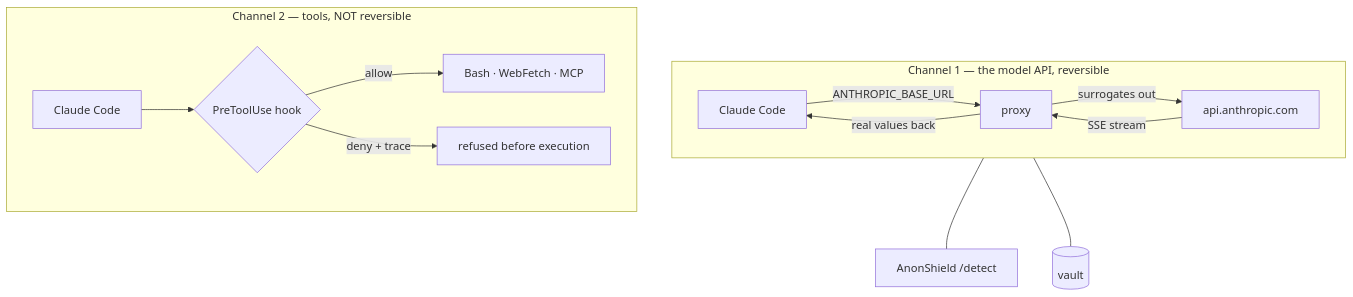
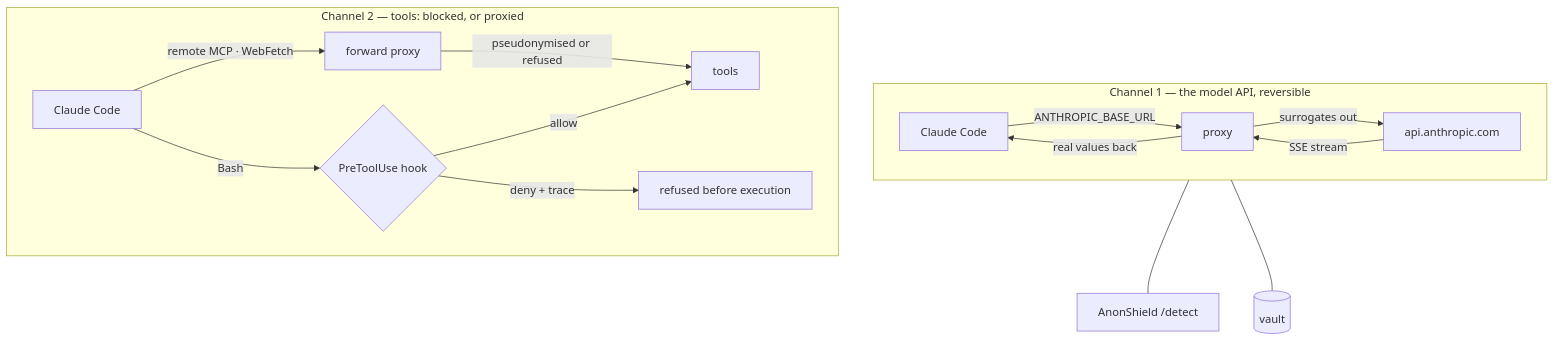
Before and after one commit to SocialGouv/doublure: the diagram in docs/architecture.md, drawn with Mermaid. The commit also changed other lines of this file and 4 other files, not shown here.

First line of the commit message:
docs: bash is the limit, remote MCP no longer is

````diff
--- a/docs/architecture.md
+++ b/docs/architecture.md
@@ -6,18 +6,20 @@
 ```mermaid
 flowchart TB
     subgraph c1["Channel 1 — the model API, reversible"]
         direction LR
         CC[Claude Code] -->|ANTHROPIC_BASE_URL| PX[proxy]
         PX -->|surrogates out| AN[api.anthropic.com]
         AN -->|SSE stream| PX
         PX -->|real values back| CC
     end
-    subgraph c2["Channel 2 — tools, NOT reversible"]
+    subgraph c2["Channel 2 — tools: blocked, or proxied"]
         direction LR
-        CC2[Claude Code] --> HK{PreToolUse hook}
-        HK -->|allow| TL[Bash · WebFetch · MCP]
+        CC2[Claude Code] -->|Bash| HK{PreToolUse hook}
+        CC2 -->|remote MCP · WebFetch| FW[forward proxy]
+        FW -->|pseudonymised or refused| TL[tools]
+        HK -->|allow| TL
         HK -->|deny + trace| X[refused before execution]
     end
     PX --- DT[AnonShield /detect]
     PX --- VT[(vault)]
 ```
````
